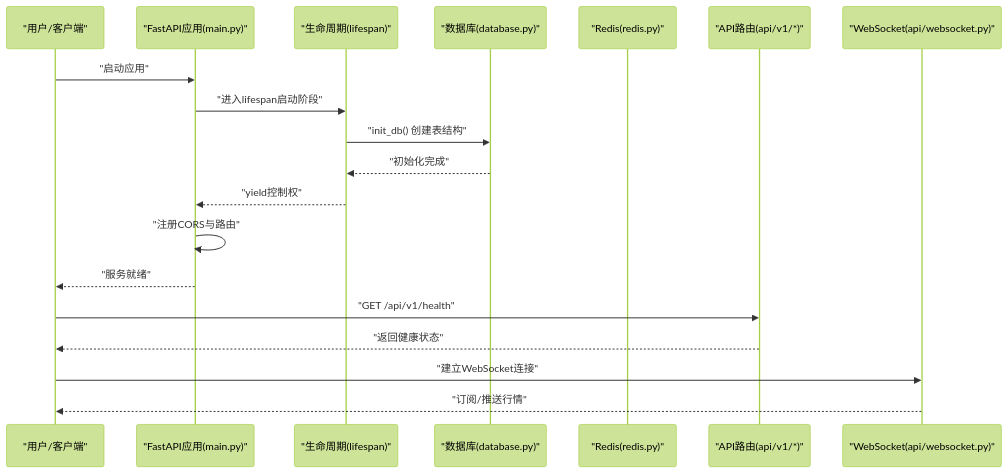
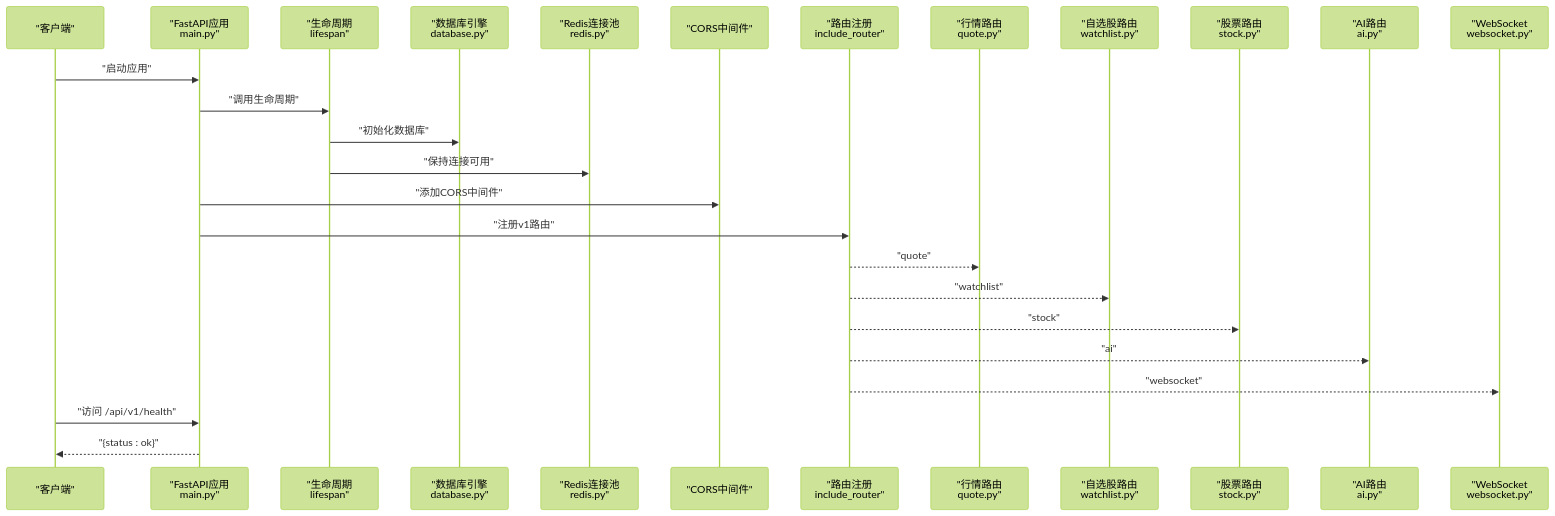
The second of 11 diagrams in .qoder/repowiki/zh/content/后端开发/FastAPI应用架构.md (We3le7/stock-view), drawn with Mermaid (forest theme) before and after one commit. The commit also changed other lines of this file and 142 other files, not shown here.

````diff
--- a/.qoder/repowiki/zh/content/后端开发/FastAPI应用架构.md
+++ b/.qoder/repowiki/zh/content/后端开发/FastAPI应用架构.md
@@ -91,21 +97,28 @@
 ```mermaid
 sequenceDiagram
-participant U as "用户/客户端"
-participant A as "FastAPI应用(main.py)"
-participant L as "生命周期(lifespan)"
-participant DB as "数据库(database.py)"
-participant RD as "Redis(redis.py)"
-participant API as "API路由(api/v1/*)"
-participant WS as "WebSocket(api/websocket.py)"
+participant U as "客户端"
+participant A as "FastAPI应用<br/>main.py"
+participant L as "生命周期<br/>lifespan"
+participant DB as "数据库引擎<br/>database.py"
+participant R as "Redis连接池<br/>redis.py"
+participant M as "CORS中间件"
+participant RT as "路由注册<br/>include_router"
+participant Q as "行情路由<br/>quote.py"
+participant W as "自选股路由<br/>watchlist.py"
+participant S as "股票路由<br/>stock.py"
+participant AI as "AI路由<br/>ai.py"
+participant WS as "WebSocket<br/>websocket.py"
 U->>A : "启动应用"
-A->>L : "进入lifespan启动阶段"
-L->>DB : "init_db() 创建表结构"
-DB-->>L : "初始化完成"
-L-->>A : "yield控制权"
-A->>A : "注册CORS与路由"
-A-->>U : "服务就绪"
-U->>API : "GET /api/v1/health"
-API-->>U : "返回健康状态"
-U->>WS : "建立WebSocket连接"
-WS-->>U : "订阅/推送行情"
+A->>L : "调用生命周期"
+L->>DB : "初始化数据库"
+L->>R : "保持连接可用"
+A->>M : "添加CORS中间件"
+A->>RT : "注册v1路由"
+RT-->>Q : "quote"
+RT-->>W : "watchlist"
+RT-->>S : "stock"
+RT-->>AI : "ai"
+RT-->>WS : "websocket"
+U->>A : "访问 /api/v1/health"
+A-->>U : "{status : ok}"
 ```
````
